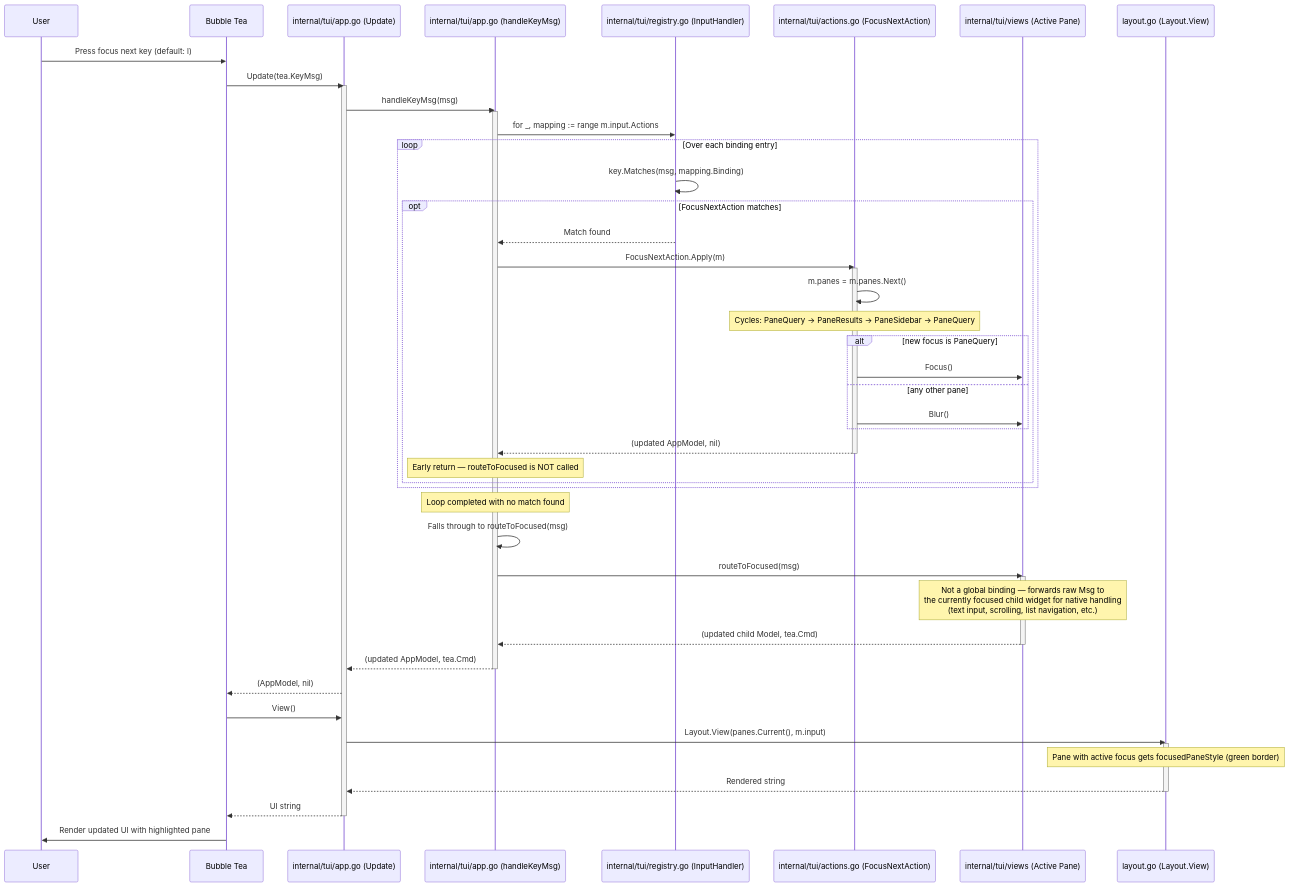
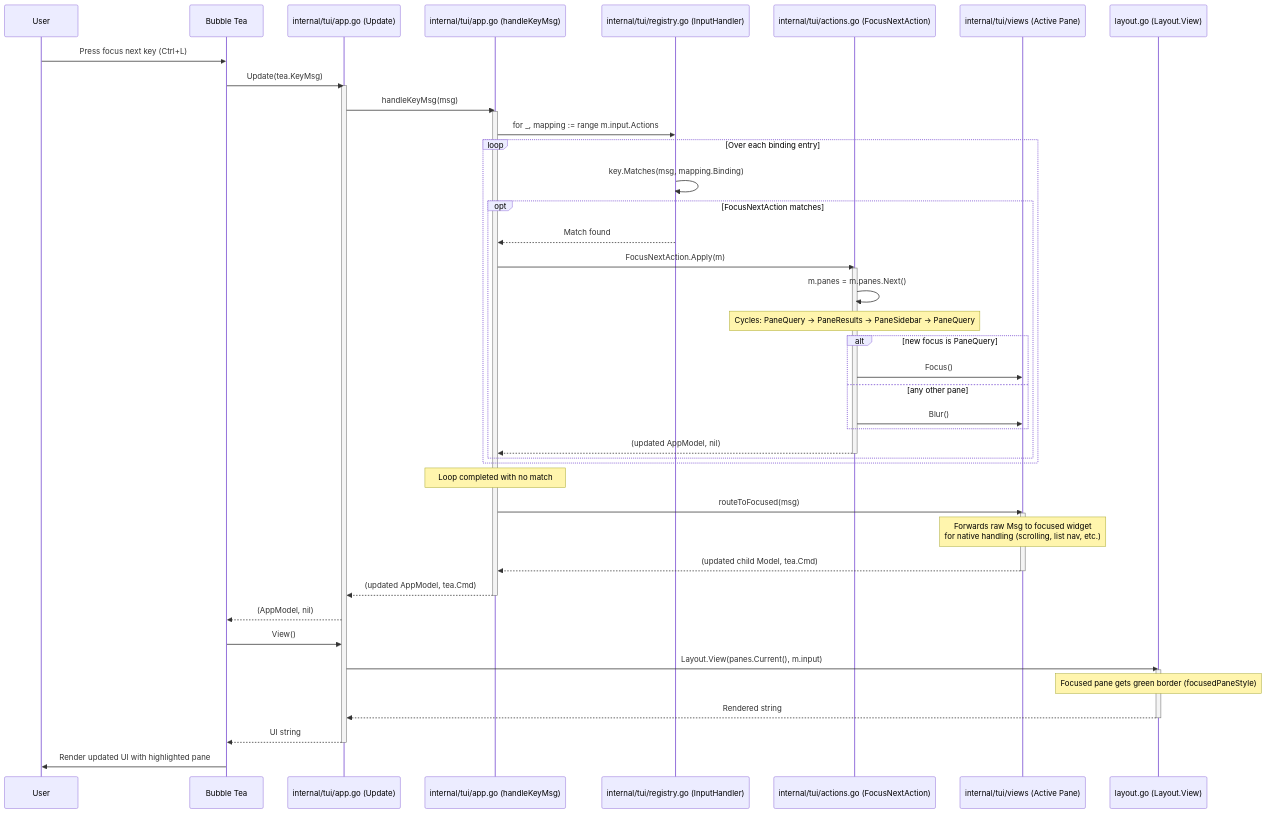
One commit to ajitm722/LazyOS changed the fifth of 5 diagrams in docs/sequence_flows.md. Above: the diagram before and after it, drawn with Mermaid. The commit also changed other lines of this file and 27 other files, not shown here.

````diff
--- a/docs/sequence_flows.md
+++ b/docs/sequence_flows.md
@@ -424,64 +372,61 @@
 ```mermaid
 sequenceDiagram
     participant User as User
     participant Runtime as Bubble Tea
     participant Model as internal/tui/app.go (Update)
     participant Handler as internal/tui/app.go (handleKeyMsg)
     participant Reg as internal/tui/registry.go (InputHandler)
     participant Action as internal/tui/actions.go (FocusNextAction)
     participant Child as internal/tui/views (Active Pane)
     participant Layout as layout.go (Layout.View)
 
-    User->>Runtime: Press focus next key (default: l)
+    User->>Runtime: Press focus next key (Ctrl+L)
     Runtime->>Model: Update(tea.KeyMsg)
 
     activate Model
     Model->>Handler: handleKeyMsg(msg)
     activate Handler
 
     Handler->>Reg: for _, mapping := range m.input.Actions
 
     loop Over each binding entry
         Reg->>Reg: key.Matches(msg, mapping.Binding)
         opt FocusNextAction matches
             Reg-->>Handler: Match found
             Handler->>Action: FocusNextAction.Apply(m)
             activate Action
             Action->>Action: m.panes = m.panes.Next()
-            Note over Action: Cycles: PaneQuery -> PaneResults -> PaneSidebar -> PaneQuery
+            Note over Action: Cycles: PaneQuery → PaneResults → PaneSidebar → PaneQuery
             alt new focus is PaneQuery
                 Action->>Child: Focus()
             else any other pane
                 Action->>Child: Blur()
             end
             Action-->>Handler: (updated AppModel, nil)
             deactivate Action
-            Note over Handler: Early return — routeToFocused is NOT called
         end
     end
 
-    Note over Handler: Loop completed with no match found
-    Handler->>Handler: Falls through to routeToFocused(msg)
-
+    Note over Handler: Loop completed with no match
     Handler->>Child: routeToFocused(msg)
     activate Child
-    Note over Child: Not a global binding — forwards raw Msg to<br/>the currently focused child widget for native handling<br/>(text input, scrolling, list navigation, etc.)
+    Note over Child: Forwards raw Msg to focused widget<br/>for native handling (scrolling, list nav, etc.)
     Child-->>Handler: (updated child Model, tea.Cmd)
     deactivate Child
 
     Handler-->>Model: (updated AppModel, tea.Cmd)
     deactivate Handler
 
     Model-->>Runtime: (AppModel, nil)
 
     Runtime->>Model: View()
     Model->>Layout: Layout.View(panes.Current(), m.input)
     activate Layout
-    Note over Layout: Pane with active focus gets focusedPaneStyle (green border)
+    Note over Layout: Focused pane gets green border (focusedPaneStyle)
     Layout-->>Model: Rendered string
     deactivate Layout
 
     Model-->>Runtime: UI string
     deactivate Model
     Runtime->>User: Render updated UI with highlighted pane
 ```
````
